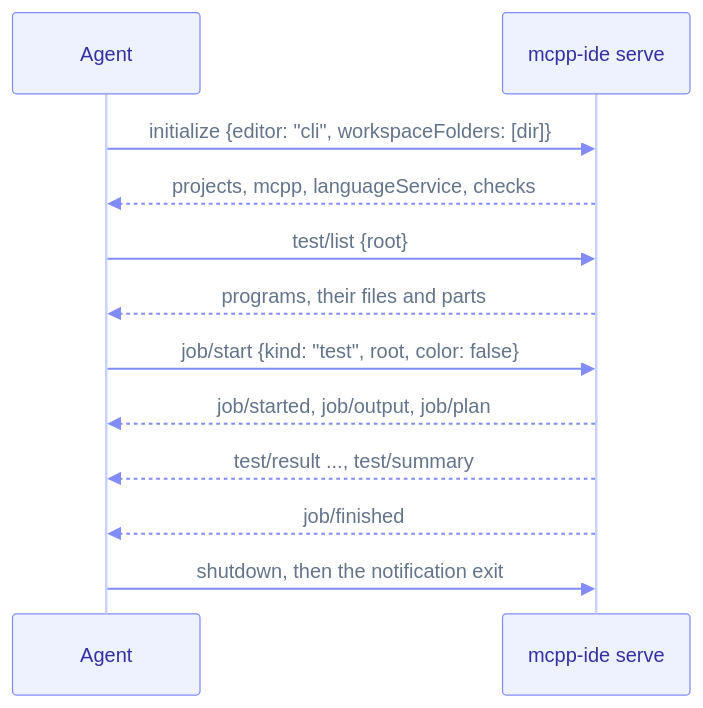
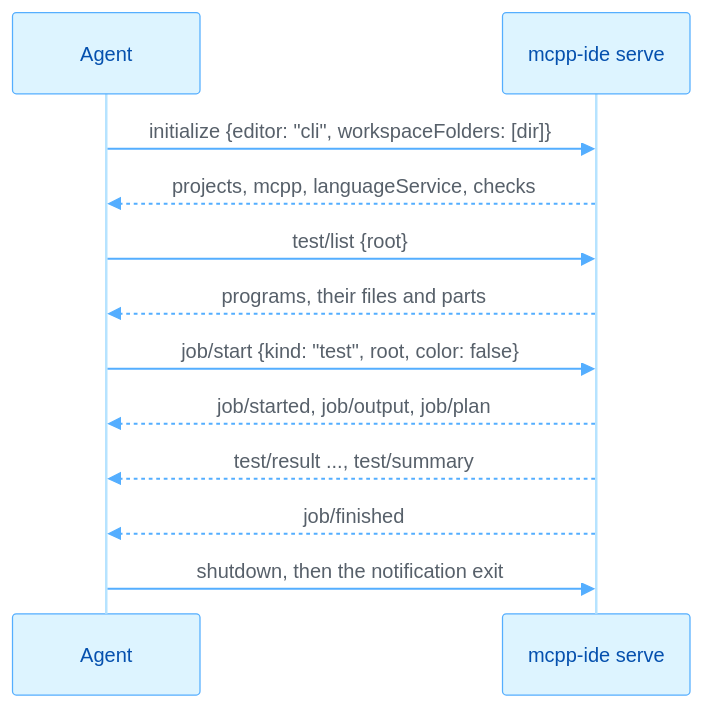
One commit to mcpp-community/mcpp-ide changed the diagram in agents/README.md. Above: the diagram before and after it, drawn with Mermaid. The commit also changed 3 other files, not shown here.

First line of the commit message:
docs: a simpler architecture diagram in GitHub's palette

````diff
--- a/agents/README.md
+++ b/agents/README.md
@@ -25,15 +25,15 @@
 ```mermaid
-%%{init: {"theme": "base", "themeVariables": {"fontFamily": "ui-sans-serif, system-ui, -apple-system, Segoe UI, sans-serif", "fontSize": "14px", "actorBkg": "#eef2ff", "actorBorder": "#818cf8", "actorTextColor": "#3730a3", "actorLineColor": "#c7d2fe", "signalColor": "#818cf8", "signalTextColor": "#64748b", "sequenceNumberColor": "#ffffff", "noteBkgColor": "#fffbeb", "noteBorderColor": "#f59e0b", "noteTextColor": "#92400e", "labelBoxBkgColor": "#eef2ff", "labelBoxBorderColor": "#818cf8", "labelTextColor": "#3730a3", "loopTextColor": "#64748b"}}}%%
+%%{init: {"theme": "base", "themeVariables": {"fontFamily": "ui-sans-serif, system-ui, -apple-system, Segoe UI, sans-serif", "fontSize": "14px", "actorBkg": "#ddf4ff", "actorBorder": "#54aeff", "actorTextColor": "#0550ae", "actorLineColor": "#b6e3ff", "signalColor": "#54aeff", "signalTextColor": "#57606a", "sequenceNumberColor": "#ffffff", "noteBkgColor": "#fbefff", "noteBorderColor": "#c297ff", "noteTextColor": "#6639ba", "labelBoxBkgColor": "#ddf4ff", "labelBoxBorderColor": "#54aeff", "labelTextColor": "#0550ae", "loopTextColor": "#57606a"}}}%%
 sequenceDiagram
     participant A as Agent
     participant B as mcpp-ide serve
     A->>B: initialize {editor: "cli", workspaceFolders: [dir]}
     B-->>A: projects, mcpp, languageService, checks
     A->>B: test/list {root}
     B-->>A: programs, their files and parts
     A->>B: job/start {kind: "test", root, color: false}
     B-->>A: job/started, job/output, job/plan
     B-->>A: test/result ..., test/summary
     B-->>A: job/finished
     A->>B: shutdown, then the notification exit
 ```
````
